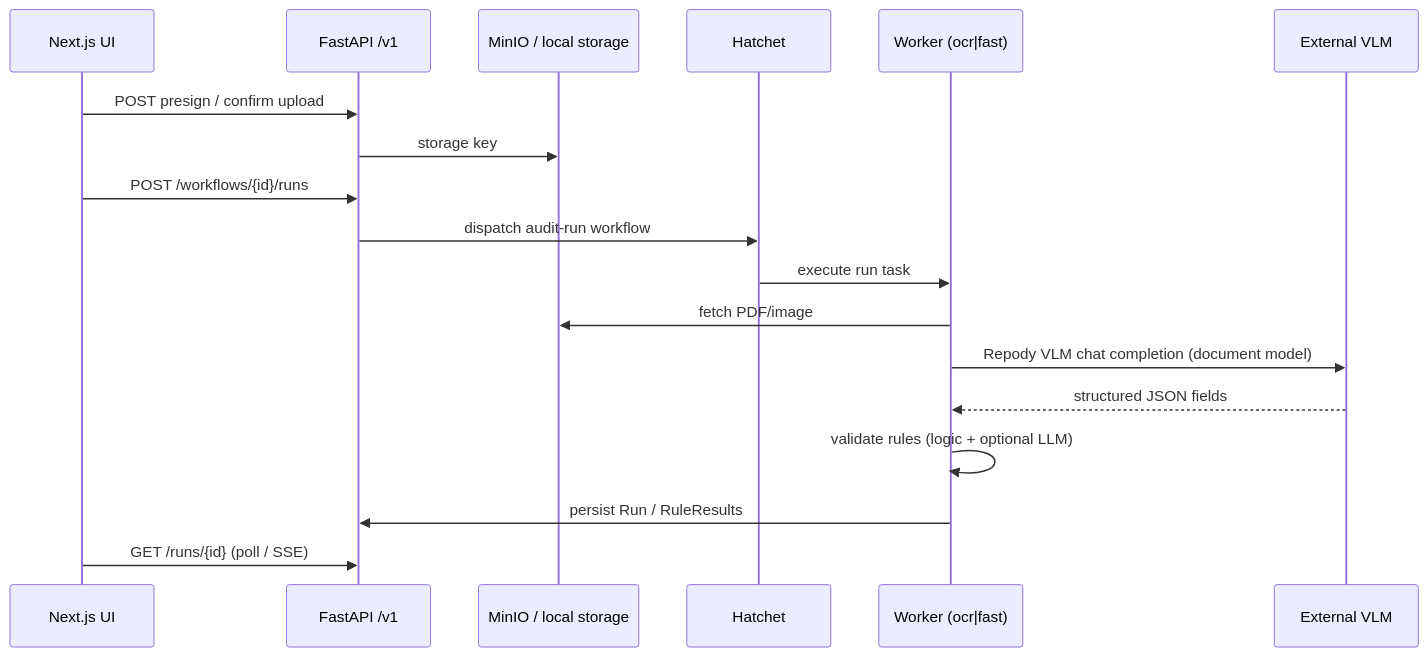
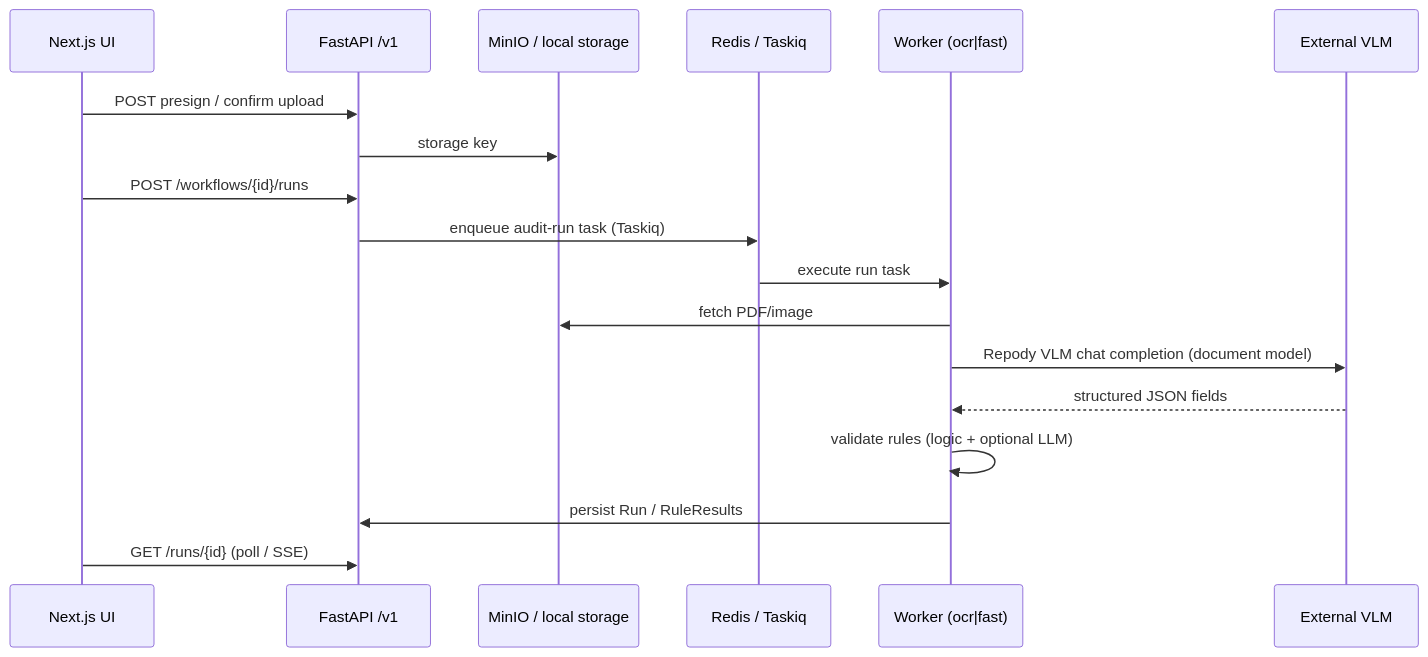
Before and after one commit to MehdiGououiad/repody: the diagram in CONTEXT.md, drawn with Mermaid. The commit also changed other lines of this file and 202 other files, not shown here.

````diff
--- a/CONTEXT.md
+++ b/CONTEXT.md
@@ -31,21 +31,21 @@
 ```mermaid
 sequenceDiagram
   participant UI as Next.js UI
   participant API as FastAPI /v1
   participant Store as MinIO / local storage
-  participant Q as Hatchet
+  participant Q as Redis / Taskiq
   participant W as Worker (ocr|fast)
   participant Inf as External VLM
 
   UI->>API: POST presign / confirm upload
   API->>Store: storage key
   UI->>API: POST /workflows/{id}/runs
-  API->>Q: dispatch audit-run workflow
+  API->>Q: enqueue audit-run task (Taskiq)
   Q->>W: execute run task
   W->>Store: fetch PDF/image
   W->>Inf: Repody VLM chat completion (document model)
   Inf-->>W: structured JSON fields
   W->>W: validate rules (logic + optional LLM)
   W->>API: persist Run / RuleResults
   UI->>API: GET /runs/{id} (poll / SSE)
 ```
````
